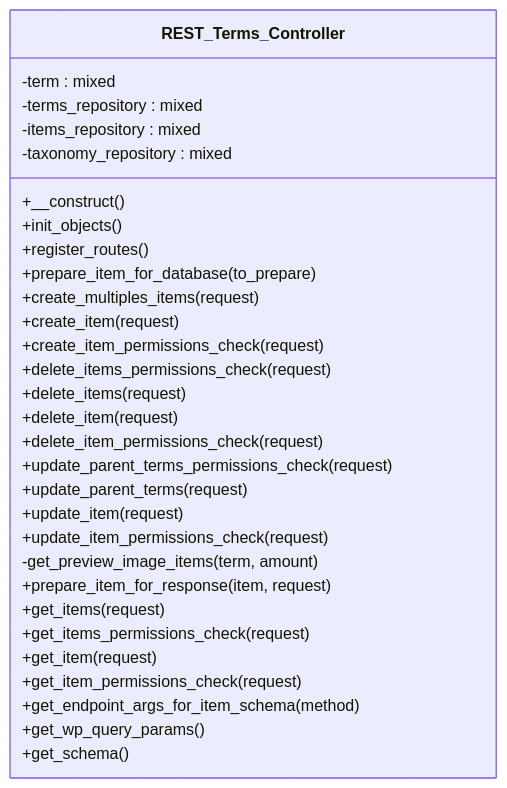
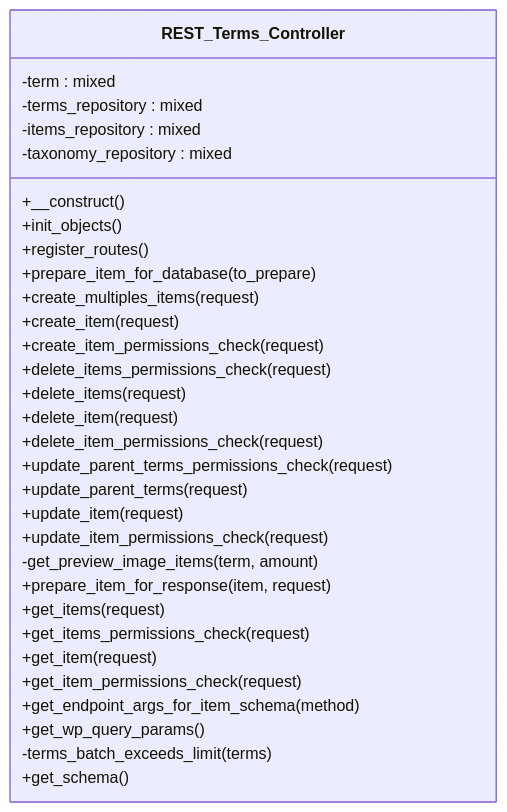
One commit to tainacan/tainacan changed the diagram in docs/phpdoc/classes/Tainacan/API/EndPoints/REST_Terms_Controller.mmd. Above: the diagram before and after it, drawn with Mermaid. The commit also changed 96 other files, not shown here.

```diff
--- a/docs/phpdoc/classes/Tainacan/API/EndPoints/REST_Terms_Controller.mmd
+++ b/docs/phpdoc/classes/Tainacan/API/EndPoints/REST_Terms_Controller.mmd
@@ -1,32 +1,33 @@
 classDiagram
     direction TB
     class REST_Terms_Controller {
         -term : mixed
         -terms_repository : mixed
         -items_repository : mixed
         -taxonomy_repository : mixed
         +__construct()
         +init_objects()
         +register_routes()
         +prepare_item_for_database(to_prepare)
         +create_multiples_items(request)
         +create_item(request)
         +create_item_permissions_check(request)
         +delete_items_permissions_check(request)
         +delete_items(request)
         +delete_item(request)
         +delete_item_permissions_check(request)
         +update_parent_terms_permissions_check(request)
         +update_parent_terms(request)
         +update_item(request)
         +update_item_permissions_check(request)
         -get_preview_image_items(term, amount)
         +prepare_item_for_response(item, request)
         +get_items(request)
         +get_items_permissions_check(request)
         +get_item(request)
         +get_item_permissions_check(request)
         +get_endpoint_args_for_item_schema(method)
         +get_wp_query_params()
+        -terms_batch_exceeds_limit(terms)
         +get_schema()
     }
```
